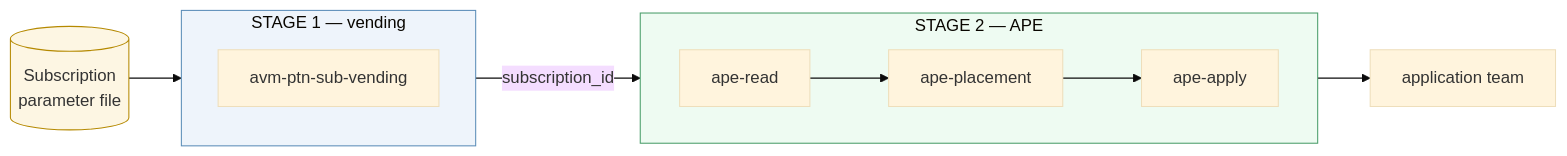
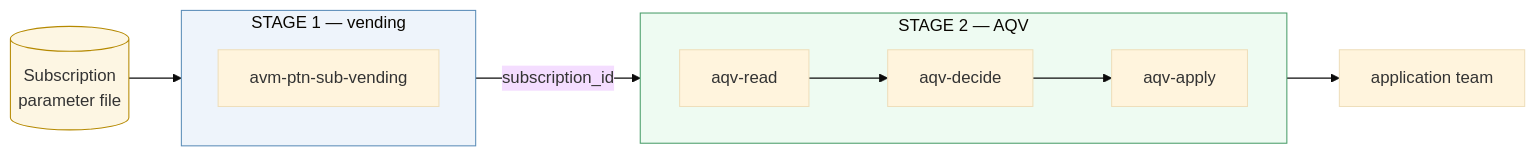
Before and after one commit to chrislittle/azure-placement-engine: the diagram in README.md, drawn with Mermaid (base theme). The commit also changed other lines of this file and 44 other files, not shown here.

````diff
--- a/README.md
+++ b/README.md
@@ -64,17 +64,17 @@
 ```mermaid
 flowchart LR
     C[("Subscription<br/>parameter file")] --> S1
     subgraph S1 ["STAGE 1 — vending"]
         D["avm-ptn-sub-vending"]
     end
     S1 -- "subscription_id" --> S2
-    subgraph S2 ["STAGE 2 — APE"]
+    subgraph S2 ["STAGE 2 — AQV"]
         direction LR
-        E["ape-read"] --> F["ape-placement"] --> G["ape-apply"]
+        E["aqv-read"] --> F["aqv-decide"] --> G["aqv-apply"]
     end
     S2 --> H["application team"]
 
     style S1 fill:#eef4fb,stroke:#5b8db8
     style S2 fill:#eefbf2,stroke:#4a9d6a
     style C fill:#fdf6e3,stroke:#b58900
 ```
````
